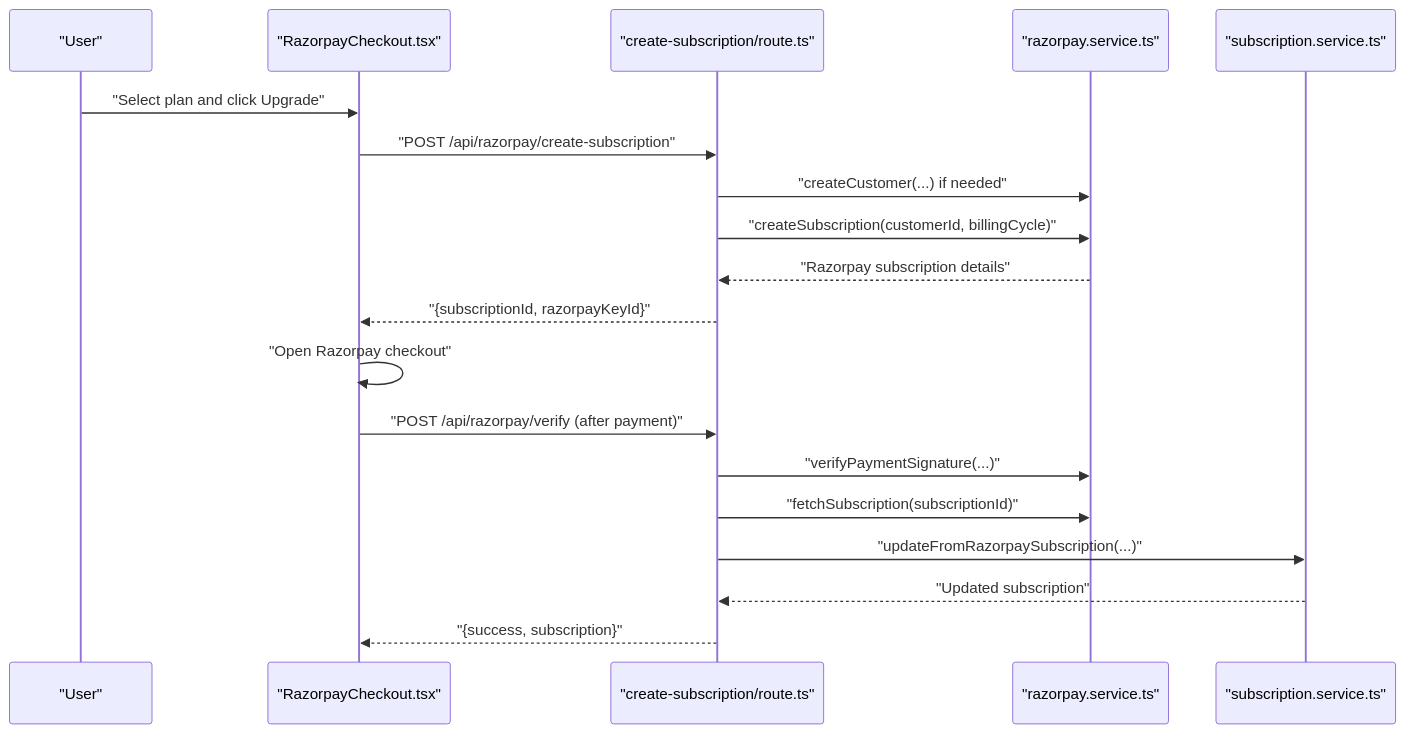
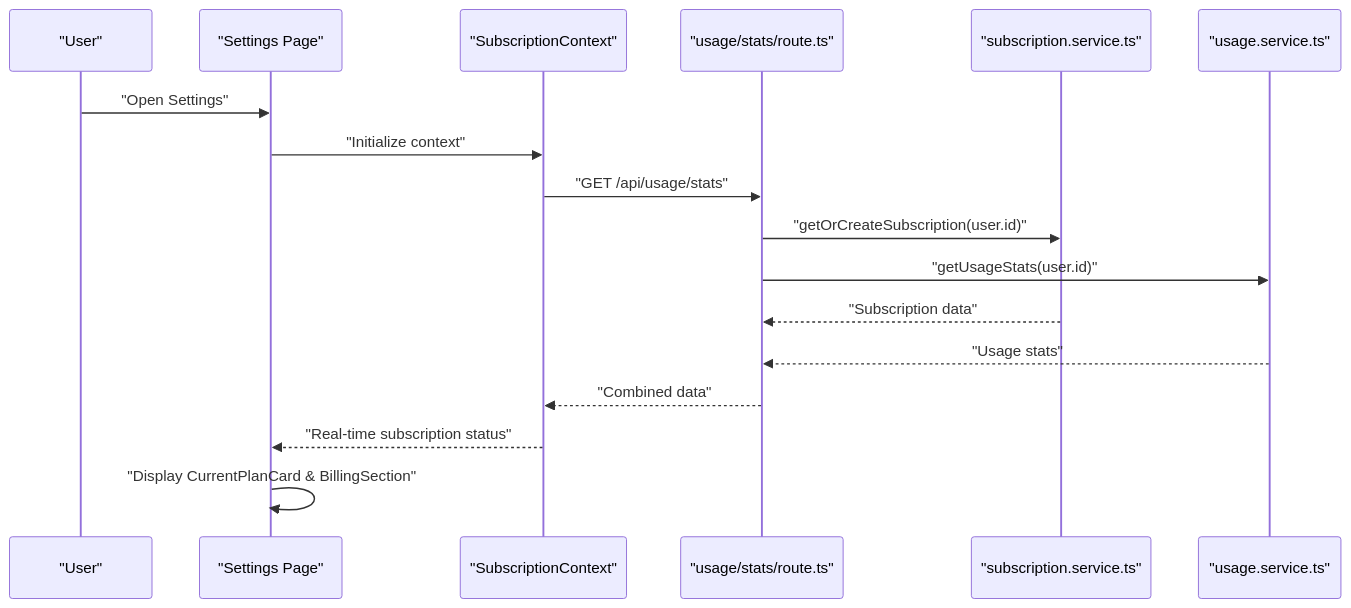
One commit to navgurukul/oscar changed the second of 14 diagrams in .qoder/repowiki/en/content/Subscription & Payment System.md. Above: the diagram before and after it, drawn with Mermaid. The commit also changed other lines of this file and 9 other files, not shown here.

Commit message:
feat(settings): add multi-section settings architecture with lazy-loaded components

````diff
--- a/.qoder/repowiki/en/content/Subscription & Payment System.md
+++ b/.qoder/repowiki/en/content/Subscription & Payment System.md
@@ -162,21 +190,19 @@
 ```mermaid
 sequenceDiagram
 participant User as "User"
-participant UI as "RazorpayCheckout.tsx"
-participant API as "create-subscription/route.ts"
-participant RS as "razorpay.service.ts"
+participant Settings as "Settings Page"
+participant SC as "SubscriptionContext"
+participant API as "usage/stats/route.ts"
 participant SS as "subscription.service.ts"
-User->>UI : "Select plan and click Upgrade"
-UI->>API : "POST /api/razorpay/create-subscription"
-API->>RS : "createCustomer(...) if needed"
-API->>RS : "createSubscription(customerId, billingCycle)"
-RS-->>API : "Razorpay subscription details"
-API-->>UI : "{subscriptionId, razorpayKeyId}"
-UI->>UI : "Open Razorpay checkout"
-UI->>API : "POST /api/razorpay/verify (after payment)"
-API->>RS : "verifyPaymentSignature(...)"
-API->>RS : "fetchSubscription(subscriptionId)"
-API->>SS : "updateFromRazorpaySubscription(...)"
-SS-->>API : "Updated subscription"
-API-->>UI : "{success, subscription}"
+participant US as "usage.service.ts"
+User->>Settings : "Open Settings"
+Settings->>SC : "Initialize context"
+SC->>API : "GET /api/usage/stats"
+API->>SS : "getOrCreateSubscription(user.id)"
+API->>US : "getUsageStats(user.id)"
+SS-->>API : "Subscription data"
+US-->>API : "Usage stats"
+API-->>SC : "Combined data"
+SC-->>Settings : "Real-time subscription status"
+Settings->>Settings : "Display CurrentPlanCard & BillingSection"
 ```
````
